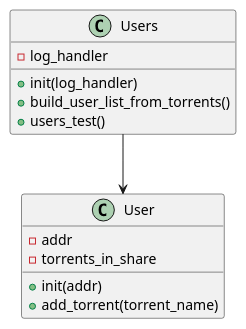
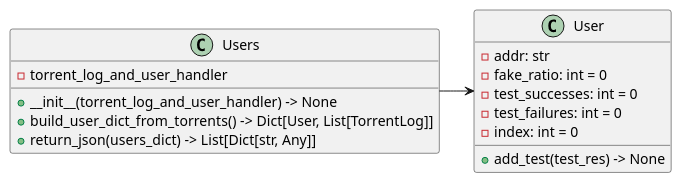
Before and after one commit to YuvalHad1220/Bittorent-Project: the diagram in PlantUML/TrackerUsers.puml, drawn with PlantUML. The commit also changed 30 other files, not shown here.

```diff
--- a/PlantUML/TrackerUsers.puml
+++ b/PlantUML/TrackerUsers.puml
@@ -1,20 +1,23 @@
 @startuml
+class User {
+  - addr: str
+  - fake_ratio: int = 0
+  - test_successes: int = 0
+  - test_failures: int = 0
+  - index: int = 0
 
-class User {
--addr
--torrents_in_share
-+init(addr)
-+add_torrent(torrent_name)
+  + add_test(test_res) -> None
 }
 
 class Users {
--log_handler
-+init(log_handler)
-+build_user_list_from_torrents()
-+users_test()
+  - torrent_log_and_user_handler
+
+  + __init__(torrent_log_and_user_handler) -> None
+  + build_user_dict_from_torrents() -> Dict[User, List[TorrentLog]]
+  + return_json(users_dict) -> List[Dict[str, Any]]
 }
 
+Users -> User
 
-Users --> User
 
 @enduml
```
